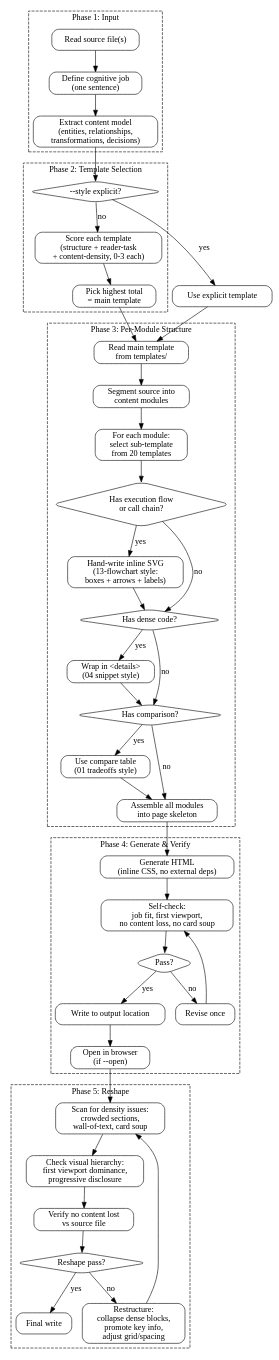
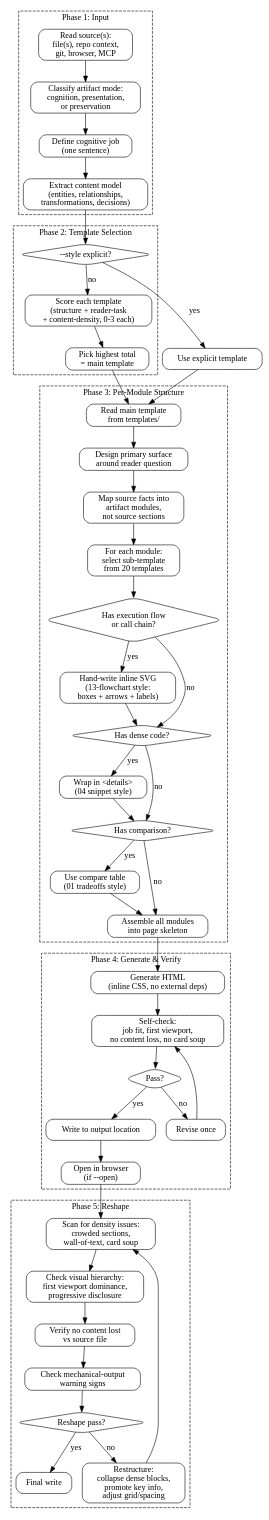
The diagram in skills/pge-html/SKILL.md (feng-y/pge), drawn with Graphviz before and after one commit. The commit also changed other lines of this file and 4 other files, not shown here.

```diff
--- a/skills/pge-html/SKILL.md
+++ b/skills/pge-html/SKILL.md
@@ -73,10 +103,11 @@
   subgraph cluster_input {
     label="Phase 1: Input";
     style=dashed;
-    read_source [label="Read source file(s)"];
+    read_source [label="Read source(s):\nfile(s), repo context,\ngit, browser, MCP"];
+    classify_level [label="Classify artifact mode:\ncognition, presentation,\nor preservation"];
     define_job [label="Define cognitive job\n(one sentence)"];
     extract_model [label="Extract content model\n(entities, relationships,\ntransformations, decisions)"];
-    read_source -> define_job -> extract_model;
+    read_source -> classify_level -> define_job -> extract_model;
   }
 
   subgraph cluster_select {
@@ -97,7 +128,8 @@
     label="Phase 3: Per-Module Structure";
     style=dashed;
     read_template [label="Read main template\nfrom templates/"];
-    segment_content [label="Segment source into\ncontent modules"];
+    design_surface [label="Design primary surface\naround reader question"];
+    segment_content [label="Map source facts into\nartifact modules,\nnot source sections"];
     per_module [label="For each module:\nselect sub-template\nfrom 20 templates", shape=box];
     has_flow [label="Has execution flow\nor call chain?", shape=diamond];
     use_svg [label="Hand-write inline SVG\n(13-flowchart style:\nboxes + arrows + labels)"];
@@ -107,7 +139,7 @@
     use_table [label="Use compare table\n(01 tradeoffs style)"];
     assemble [label="Assemble all modules\ninto page skeleton"];
 
-    read_template -> segment_content -> per_module;
+    read_template -> design_surface -> segment_content -> per_module;
     per_module -> has_flow;
     has_flow -> use_svg [label="yes"];
     has_flow -> has_code [label="no"];
@@ -143,11 +175,12 @@
     check_density [label="Scan for density issues:\ncrowded sections,\nwall-of-text, card soup"];
     check_hierarchy [label="Check visual hierarchy:\nfirst viewport dominance,\nprogressive disclosure"];
     check_completeness [label="Verify no content lost\nvs source file"];
+    check_mechanical [label="Check mechanical-output\nwarning signs"];
     reshape_fix [label="Restructure:\ncollapse dense blocks,\npromote key info,\nadjust grid/spacing"];
     reshape_pass [label="Reshape pass?", shape=diamond];
     final_write [label="Final write"];
 
-    check_density -> check_hierarchy -> check_completeness -> reshape_pass;
+    check_density -> check_hierarchy -> check_completeness -> check_mechanical -> reshape_pass;
     reshape_pass -> final_write [label="yes"];
     reshape_pass -> reshape_fix [label="no"];
     reshape_fix -> check_density;
```
